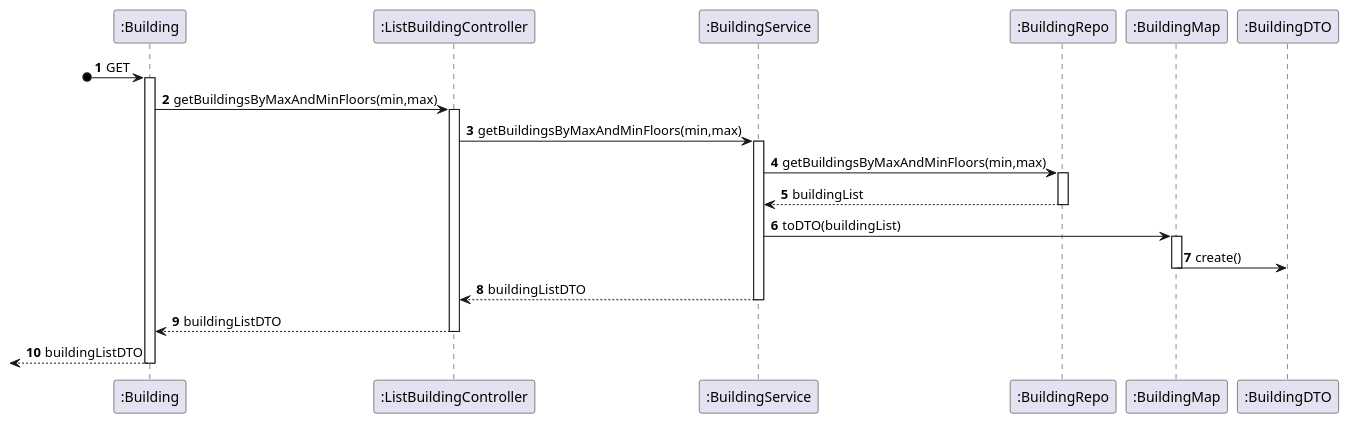
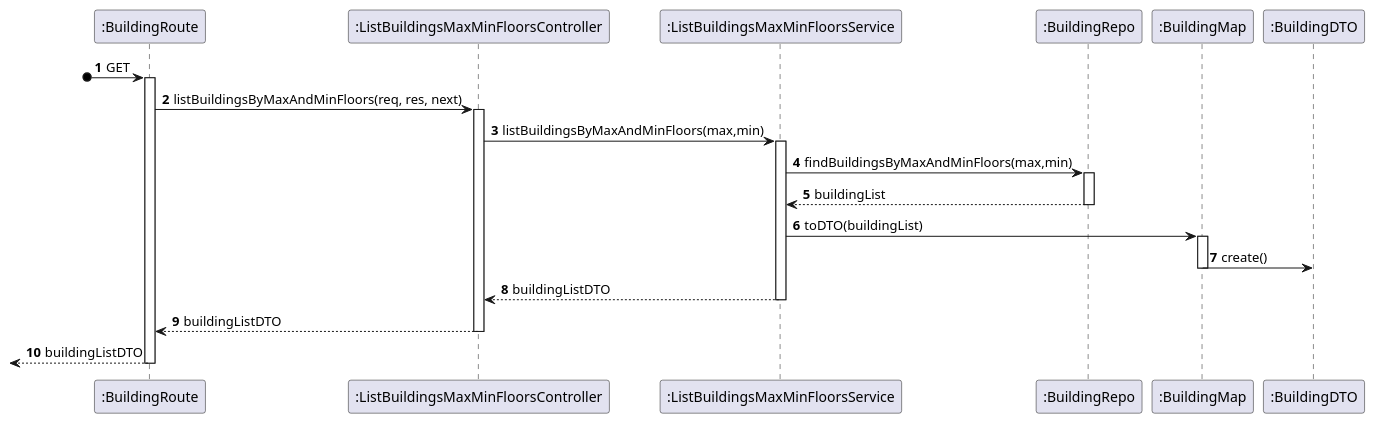
One commit to Pedro-Pereira1/sem5pi_23_24_g056 changed the diagram in docs/US_180/Diagrams/SequenceDiagramLevel3.puml. Above: the diagram before and after it, drawn with PlantUML. The commit also changed 1 other file, not shown here.

Commit message:
Update Layer3 SequenceDiagram relative US180

```diff
--- a/docs/US_180/Diagrams/SequenceDiagramLevel3.puml
+++ b/docs/US_180/Diagrams/SequenceDiagramLevel3.puml
@@ -1,42 +1,42 @@
 @startuml
 
 autonumber
 
-participant ":Building" as Floor
-participant ":ListBuildingController" as Controller
-participant ":BuildingService" as Service
+participant ":BuildingRoute" as Floor
+participant ":ListBuildingsMaxMinFloorsController" as Controller
+participant ":ListBuildingsMaxMinFloorsService" as Service
 participant ":BuildingRepo" as Repo
 participant ":BuildingMap" as Map
 participant ":BuildingDTO" as DTO
 
 ?o->Floor: GET
 activate Floor
 
-Floor -> Controller: getBuildingsByMaxAndMinFloors(min,max)
+Floor -> Controller: listBuildingsByMaxAndMinFloors(req, res, next)
 activate Controller
 
-Controller -> Service: getBuildingsByMaxAndMinFloors(min,max)
+Controller -> Service: listBuildingsByMaxAndMinFloors(max,min)
 activate Service
 
-Service -> Repo: getBuildingsByMaxAndMinFloors(min,max)
+Service -> Repo: findBuildingsByMaxAndMinFloors(max,min)
 activate Repo
 
 
 Repo --> Service: buildingList
 deactivate Repo
 Service -> Map: toDTO(buildingList)
 activate Map
 Map -> DTO:create()
 deactivate Map
 
 Service --> Controller: buildingListDTO
 deactivate Service
 
 Controller --> Floor: buildingListDTO
 deactivate Controller
 
 <--Floor: buildingListDTO
 deactivate Floor
 
 
 @enduml
```
